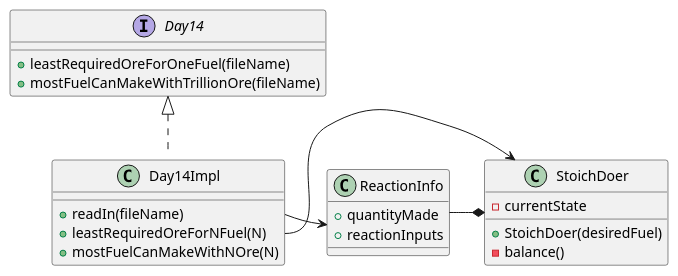
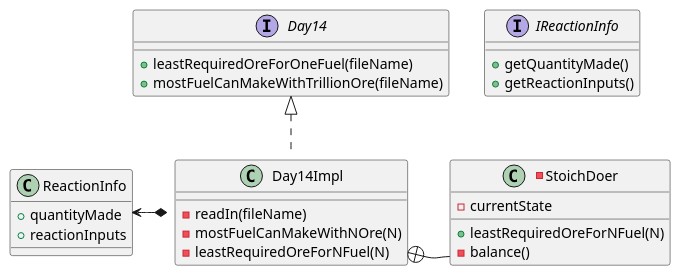
Before and after one commit to jdbr827/AdventOfCode_2019_Java: the diagram in src/year_2019/day14/day_14_uml.puml, drawn with PlantUML. The commit also changed 4 other files, not shown here.

```diff
--- a/src/year_2019/day14/day_14_uml.puml
+++ b/src/year_2019/day14/day_14_uml.puml
@@ -1,34 +1,43 @@
 @startuml
 'https://plantuml.com/class-diagram
 
 
 
 class ReactionInfo {
 + quantityMade
 + reactionInputs
 }
 
-class StoichDoer {
+-class StoichDoer {
++ leastRequiredOreForNFuel(N)
 - currentState
-+ StoichDoer(desiredFuel)
 - balance()
+}
+
+interface IReactionInfo {
++ getQuantityMade()
++ getReactionInputs()
 }
 
 interface Day14 {
 +leastRequiredOreForOneFuel(fileName)
 +mostFuelCanMakeWithTrillionOre(fileName)
 
 }
 
 class Day14Impl {
-+ readIn(fileName)
-+ leastRequiredOreForNFuel(N)
-+ mostFuelCanMakeWithNOre(N)
+-readIn(fileName)
+-mostFuelCanMakeWithNOre(N)
+-leastRequiredOreForNFuel(N)
+
 }
 
-Day14Impl::readIn -> ReactionInfo
+
+
 Day14 <|.. Day14Impl
-Day14Impl::leastRequiredOreForNFuel -> StoichDoer
 
-ReactionInfo -* StoichDoer
+
+ReactionInfo <-* Day14Impl
+Day14Impl::leastRequiredOreForNFuel +-StoichDoer
+
 @enduml
```
